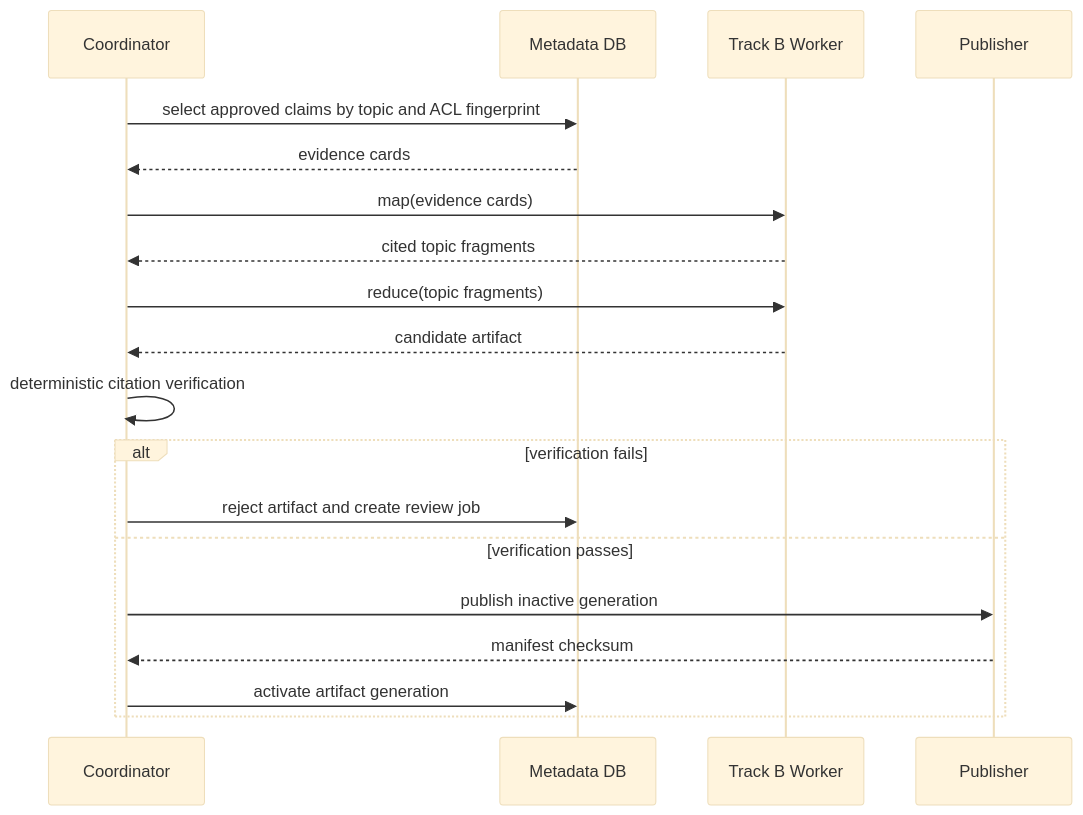
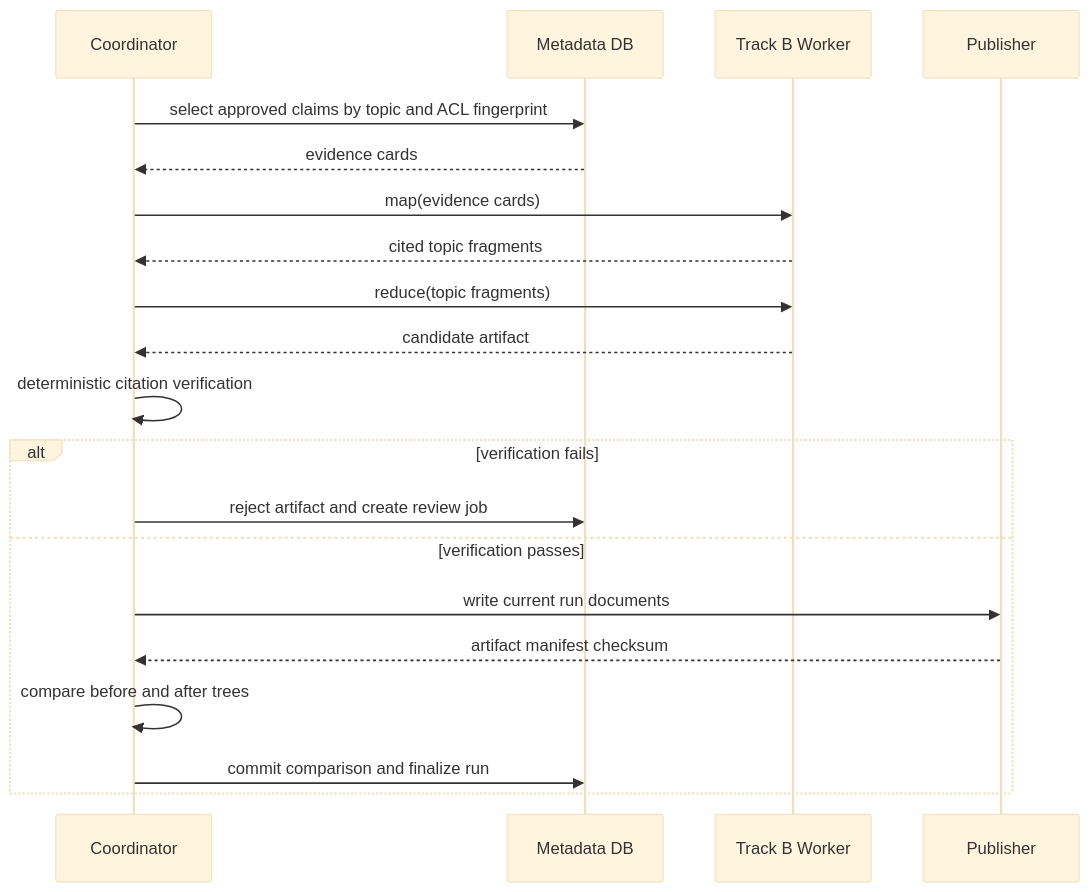
One commit to creatorjun/RAG changed the sixth of 6 diagrams in docs/architecture.md. Above: the diagram before and after it, drawn with Mermaid (base theme). The commit also changed other lines of this file and 35 other files, not shown here.

````diff
--- a/docs/architecture.md
+++ b/docs/architecture.md
@@ -226,21 +237,22 @@
 ```mermaid
 sequenceDiagram
     participant C as Coordinator
     participant M as Metadata DB
     participant B as Track B Worker
     participant P as Publisher
     C->>M: select approved claims by topic and ACL fingerprint
     M-->>C: evidence cards
     C->>B: map(evidence cards)
     B-->>C: cited topic fragments
     C->>B: reduce(topic fragments)
     B-->>C: candidate artifact
     C->>C: deterministic citation verification
     alt verification fails
         C->>M: reject artifact and create review job
     else verification passes
-        C->>P: publish inactive generation
-        P-->>C: manifest checksum
-        C->>M: activate artifact generation
+        C->>P: write current run documents
+        P-->>C: artifact manifest checksum
+        C->>C: compare before and after trees
+        C->>M: commit comparison and finalize run
     end
 ```
````
